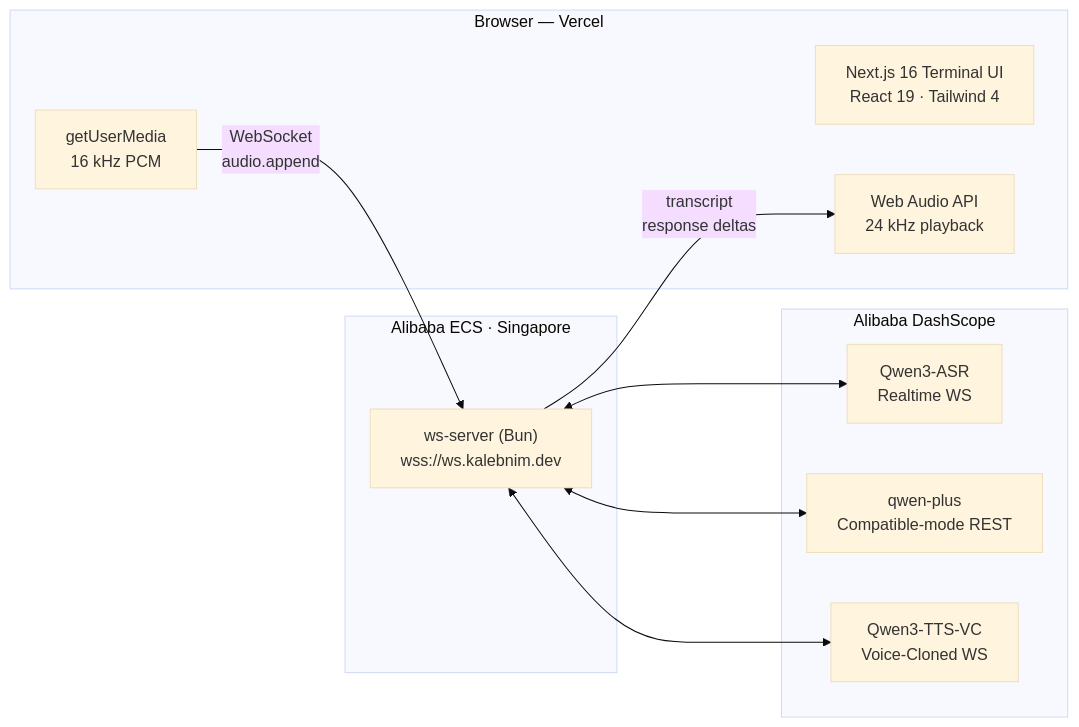
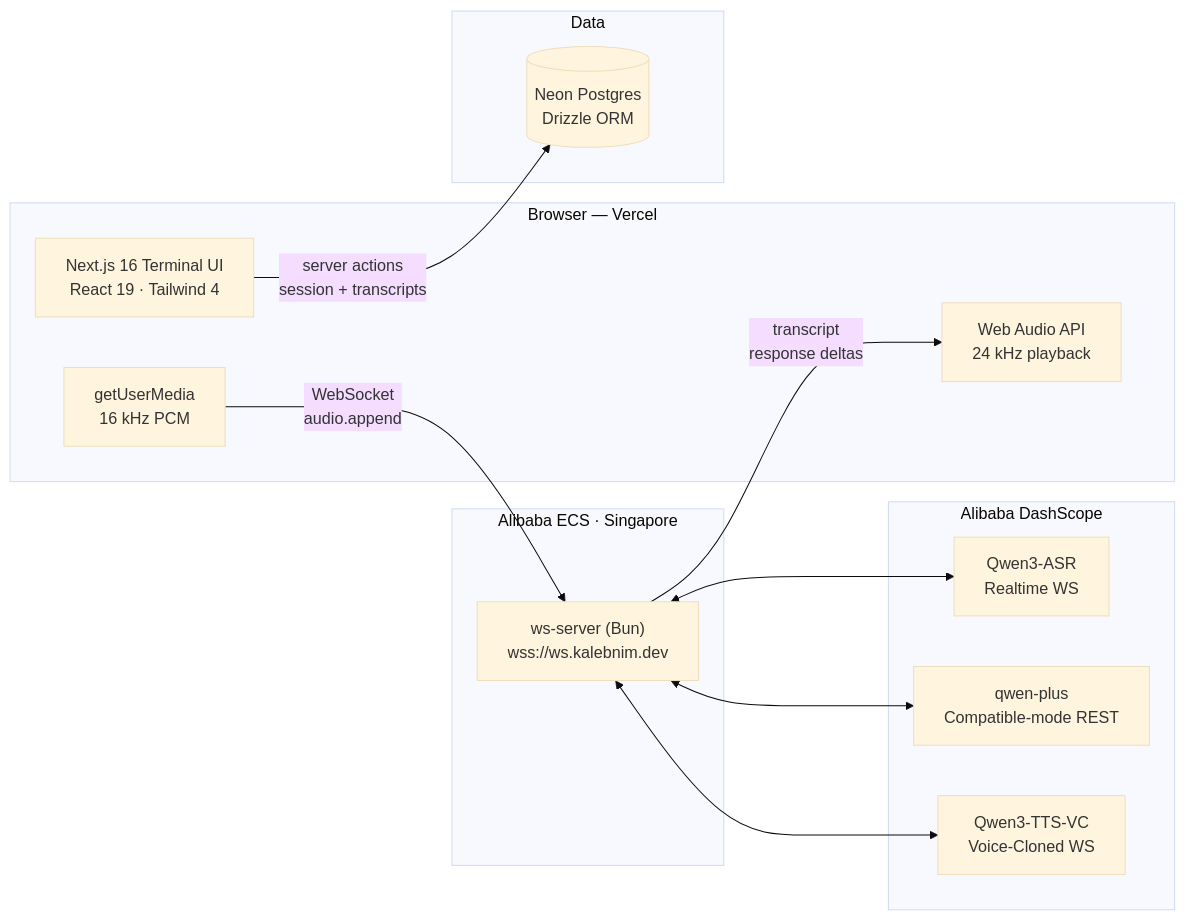
One commit to Kaleb-Nim/nim-kaleb changed the first of 3 diagrams in README.md. Above: the diagram before and after it, drawn with Mermaid (base theme). The commit also changed other lines of this file and 2 other files, not shown here.

First line of the commit message:
docs(readme): add tech stack logo grid and document Neon Postgres

````diff
--- a/README.md
+++ b/README.md
@@ -29,24 +29,29 @@
 ```mermaid
 flowchart LR
     subgraph Client["Browser — Vercel"]
         UI["Next.js 16 Terminal UI<br/>React 19 · Tailwind 4"]
         Mic["getUserMedia<br/>16 kHz PCM"]
         Spk["Web Audio API<br/>24 kHz playback"]
     end
 
     subgraph Edge["Alibaba ECS · Singapore"]
         WS["ws-server (Bun)<br/>wss://ws.kalebnim.dev"]
     end
 
     subgraph DashScope["Alibaba DashScope"]
         ASR["Qwen3-ASR<br/>Realtime WS"]
         LLM["qwen-plus<br/>Compatible-mode REST"]
         TTS["Qwen3-TTS-VC<br/>Voice-Cloned WS"]
     end
 
+    subgraph Data["Data"]
+        NEON[("Neon Postgres<br/>Drizzle ORM")]
+    end
+
     Mic -- "WebSocket<br/>audio.append" --> WS
     WS -- "transcript<br/>response deltas" --> Spk
     WS <--> ASR
     WS <--> LLM
     WS <--> TTS
+    UI -- "server actions<br/>session + transcripts" --> NEON
 ```
````
